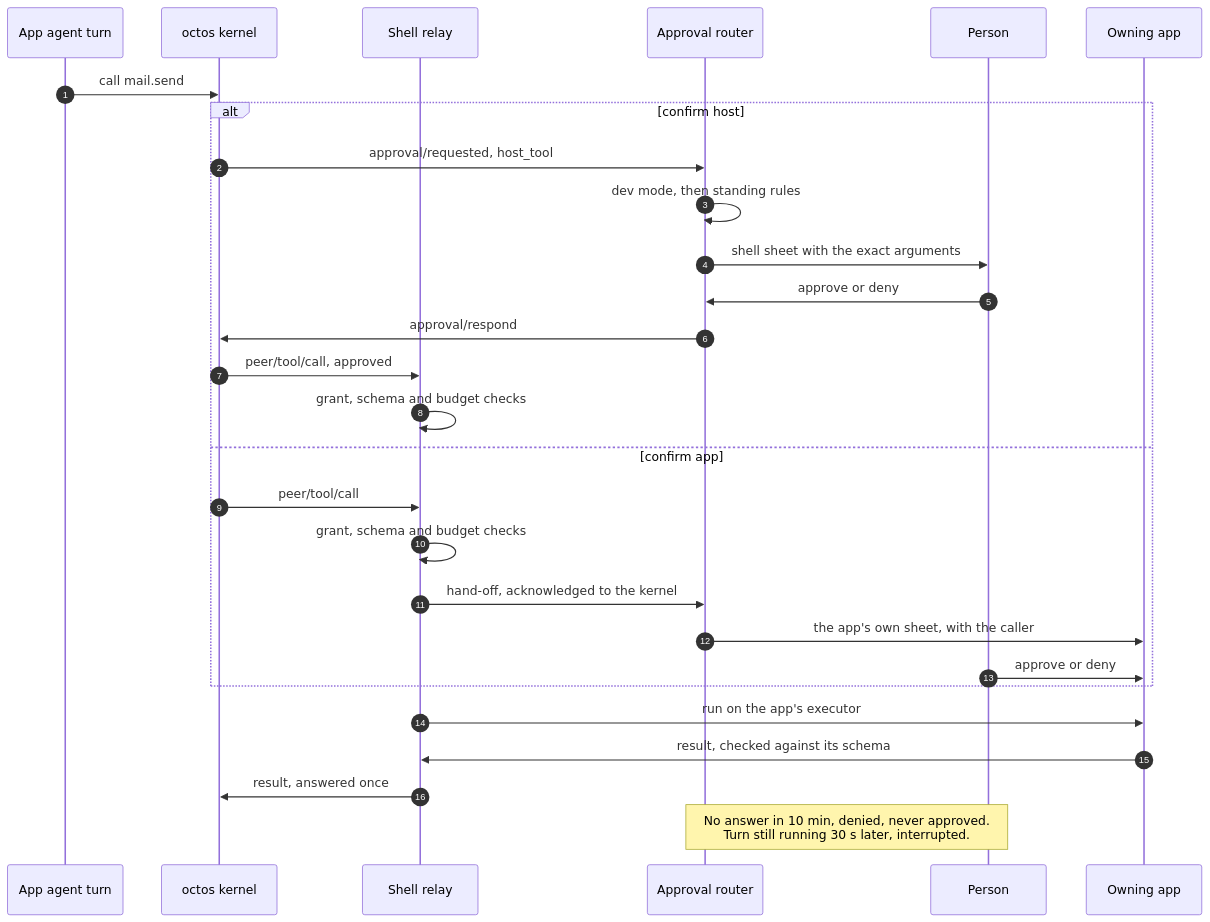
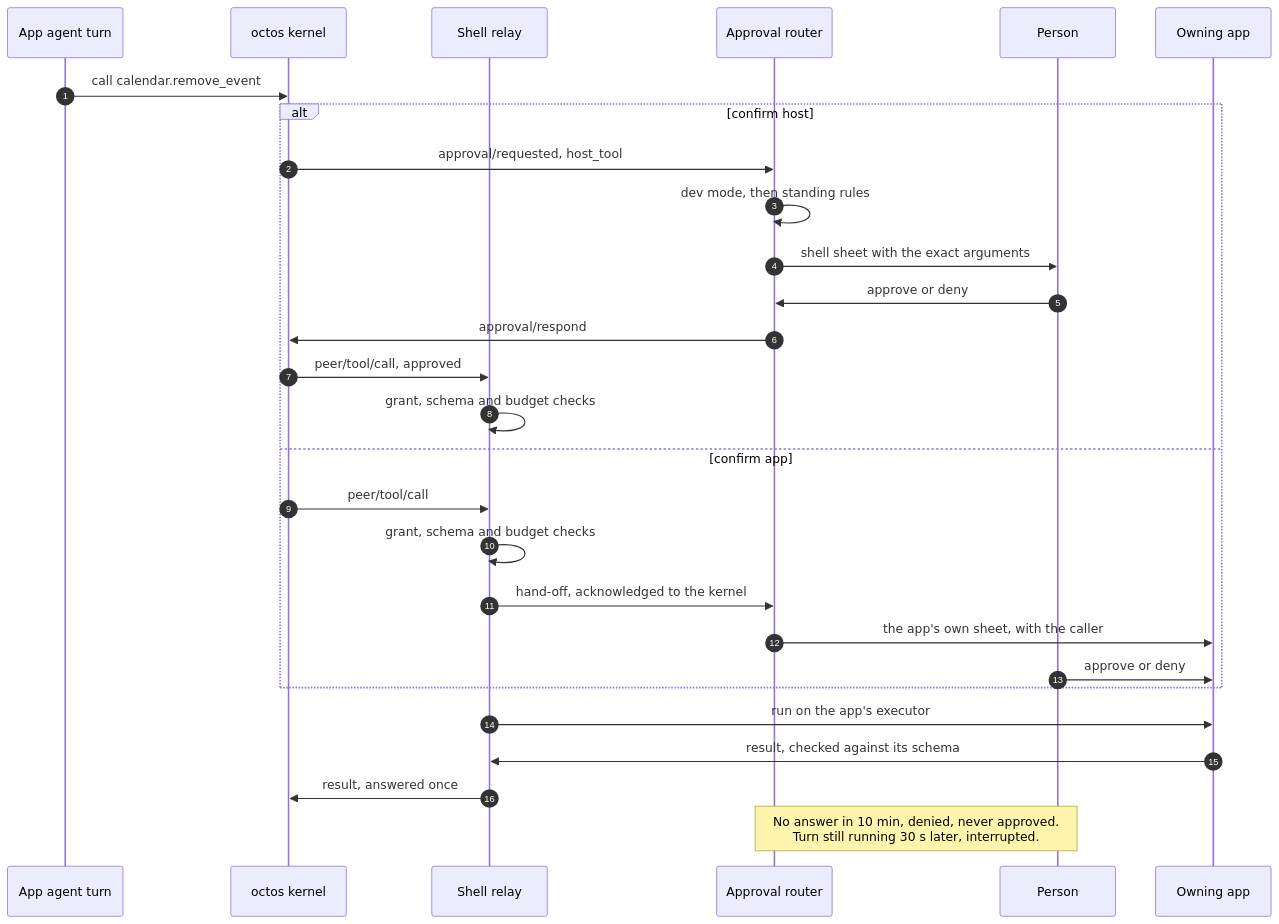
Before and after one commit to OctoSense-org/OctoSense: the fourth of 4 diagrams in README.md, drawn with Mermaid. The commit also changed other lines of this file and 5 other files, not shown here.

First line of the commit message:
docs: redraw the README's architecture drawings (gpt-image-2)

````diff
--- a/README.md
+++ b/README.md
@@ -178,30 +194,30 @@
 ```mermaid
 sequenceDiagram
   autonumber
   participant Ag as App agent turn
   participant K as octos kernel
   participant Re as Shell relay
   participant Ro as Approval router
   participant P as Person
   participant Ex as Owning app
-  Ag->>K: call mail.send
+  Ag->>K: call calendar.remove_event
   alt confirm host
     K->>Ro: approval/requested, host_tool
     Ro->>Ro: dev mode, then standing rules
     Ro->>P: shell sheet with the exact arguments
     P->>Ro: approve or deny
     Ro->>K: approval/respond
     K->>Re: peer/tool/call, approved
     Re->>Re: grant, schema and budget checks
   else confirm app
     K->>Re: peer/tool/call
     Re->>Re: grant, schema and budget checks
     Re->>Ro: hand-off, acknowledged to the kernel
     Ro->>Ex: the app's own sheet, with the caller
     P->>Ex: approve or deny
   end
   Re->>Ex: run on the app's executor
   Ex->>Re: result, checked against its schema
   Re->>K: result, answered once
   Note over Ro,P: No answer in 10 min, denied, never approved.<br/>Turn still running 30 s later, interrupted.
 ```
````
